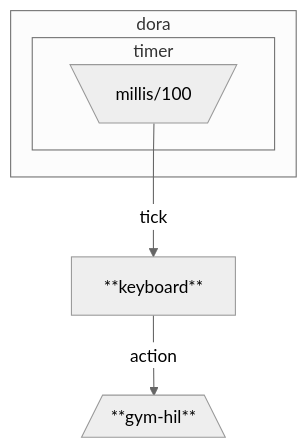
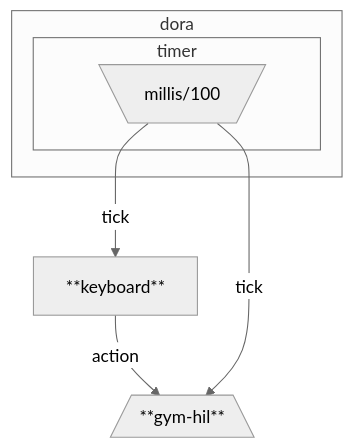
Before and after one commit to irisTa56/lerobot-trial: the first of 3 diagrams in README.md, drawn with Mermaid (neutral theme). The commit also changed other lines of this file and 13 other files, not shown here.

Commit message:
Enhance Gym-HIL integration with asynchronous tick-based stepping, add evaluation and training configurations, and update documentation for clarity

````diff
--- a/README.md
+++ b/README.md
@@ -46,14 +46,13 @@
 ```mermaid
 flowchart TB
   gym-hil[/"**gym-hil**"\]
   keyboard["**keyboard**"]
-
   subgraph ___dora___ [dora]
     subgraph ___timer_timer___ [timer]
       dora/timer/millis/100[\millis/100/]
     end
   end
-
   keyboard -- action --> gym-hil
+  dora/timer/millis/100 -- tick --> gym-hil
   dora/timer/millis/100 -- tick --> keyboard
 ```
````
